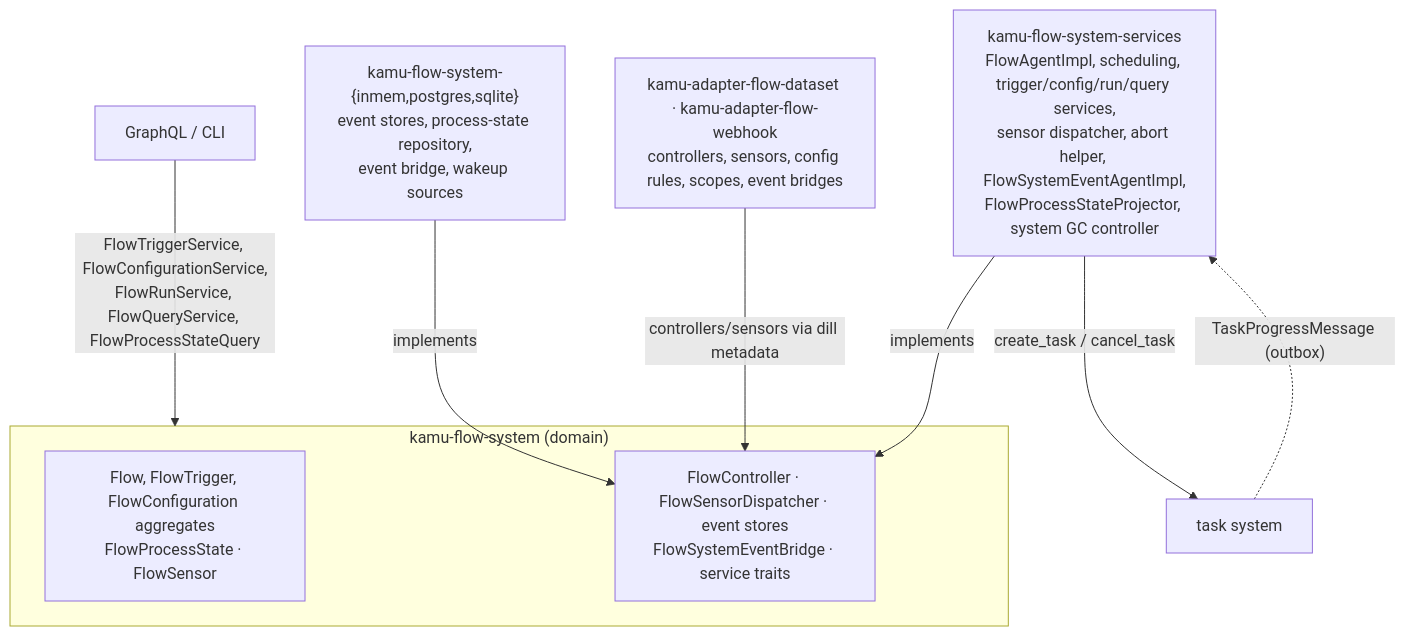
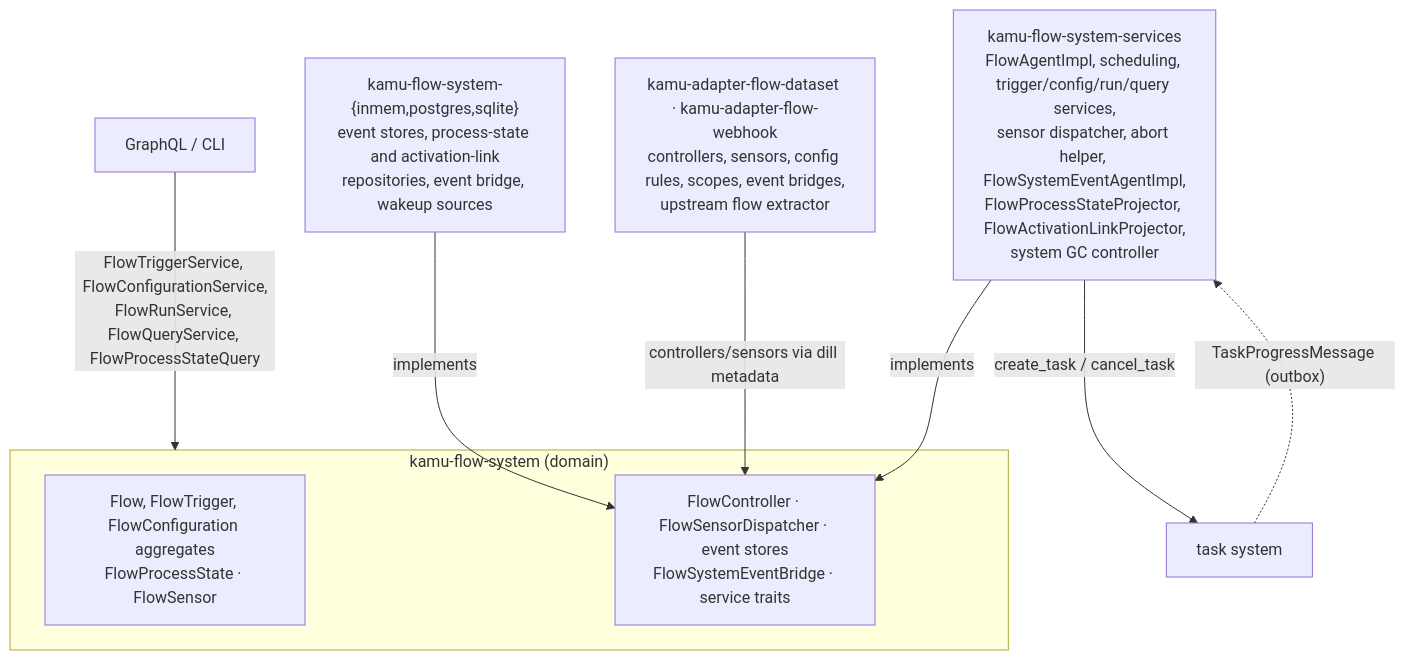
The first of 6 diagrams in docs/internal/flow-system.md (kamu-data/kamu-cli), drawn with Mermaid before and after one commit. The commit also changed other lines of this file and 78 other files, not shown here.

First line of the commit message:
Downstream flow links on completed flows (#1713)

````diff
--- a/docs/internal/flow-system.md
+++ b/docs/internal/flow-system.md
@@ -137,21 +140,21 @@
 ```mermaid
 flowchart TD
     API["GraphQL / CLI"]
 
     subgraph DOMAIN["kamu-flow-system (domain)"]
         AGG["Flow, FlowTrigger, FlowConfiguration aggregates<br/>FlowProcessState · FlowSensor"]
         TRAITS["FlowController · FlowSensorDispatcher · event stores<br/>FlowSystemEventBridge · service traits"]
     end
 
-    SVC["kamu-flow-system-services<br/>FlowAgentImpl, scheduling, trigger/config/run/query services,<br/>sensor dispatcher, abort helper, FlowSystemEventAgentImpl,<br/>FlowProcessStateProjector, system GC controller"]
-    INFRA["kamu-flow-system-{inmem,postgres,sqlite}<br/>event stores, process-state repository,<br/>event bridge, wakeup sources"]
-    ADP["kamu-adapter-flow-dataset · kamu-adapter-flow-webhook<br/>controllers, sensors, config rules, scopes, event bridges"]
+    SVC["kamu-flow-system-services<br/>FlowAgentImpl, scheduling, trigger/config/run/query services,<br/>sensor dispatcher, abort helper, FlowSystemEventAgentImpl,<br/>FlowProcessStateProjector, FlowActivationLinkProjector,<br/>system GC controller"]
+    INFRA["kamu-flow-system-{inmem,postgres,sqlite}<br/>event stores, process-state and activation-link<br/>repositories, event bridge, wakeup sources"]
+    ADP["kamu-adapter-flow-dataset · kamu-adapter-flow-webhook<br/>controllers, sensors, config rules, scopes, event bridges,<br/>upstream flow extractor"]
     TASKS["task system"]
 
     API -- "FlowTriggerService, FlowConfigurationService,<br/>FlowRunService, FlowQueryService, FlowProcessStateQuery" --> DOMAIN
     SVC -- implements --> TRAITS
     INFRA -- implements --> TRAITS
     ADP -- "controllers/sensors via dill metadata" --> TRAITS
     SVC -- "create_task / cancel_task" --> TASKS
     TASKS -. "TaskProgressMessage (outbox)" .-> SVC
 ```
````
